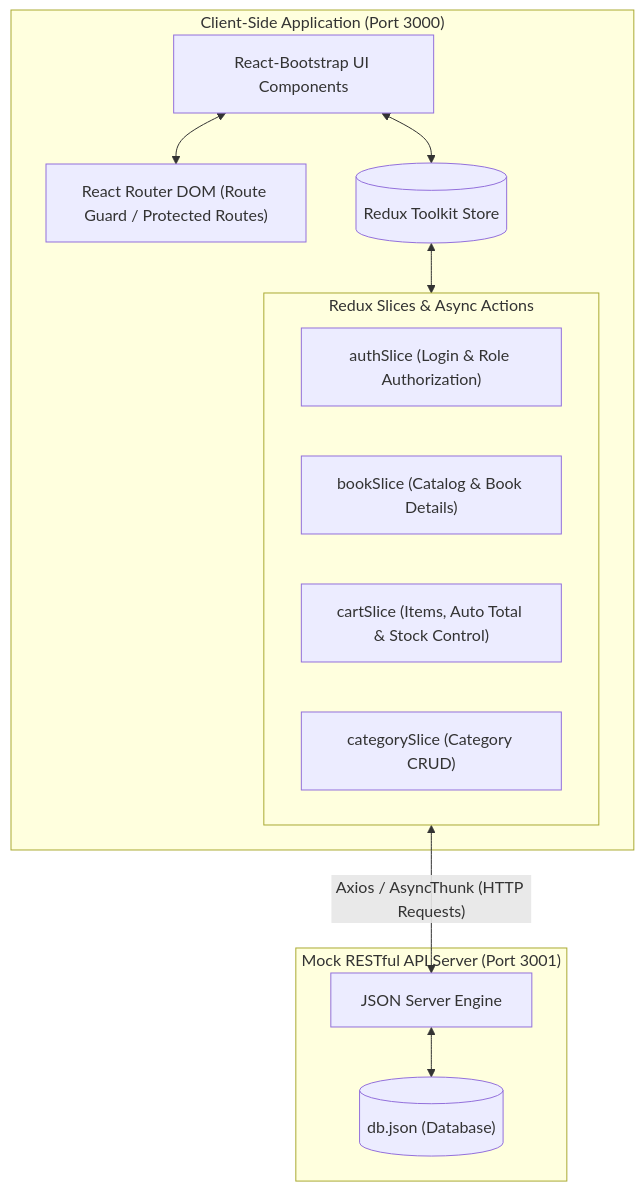
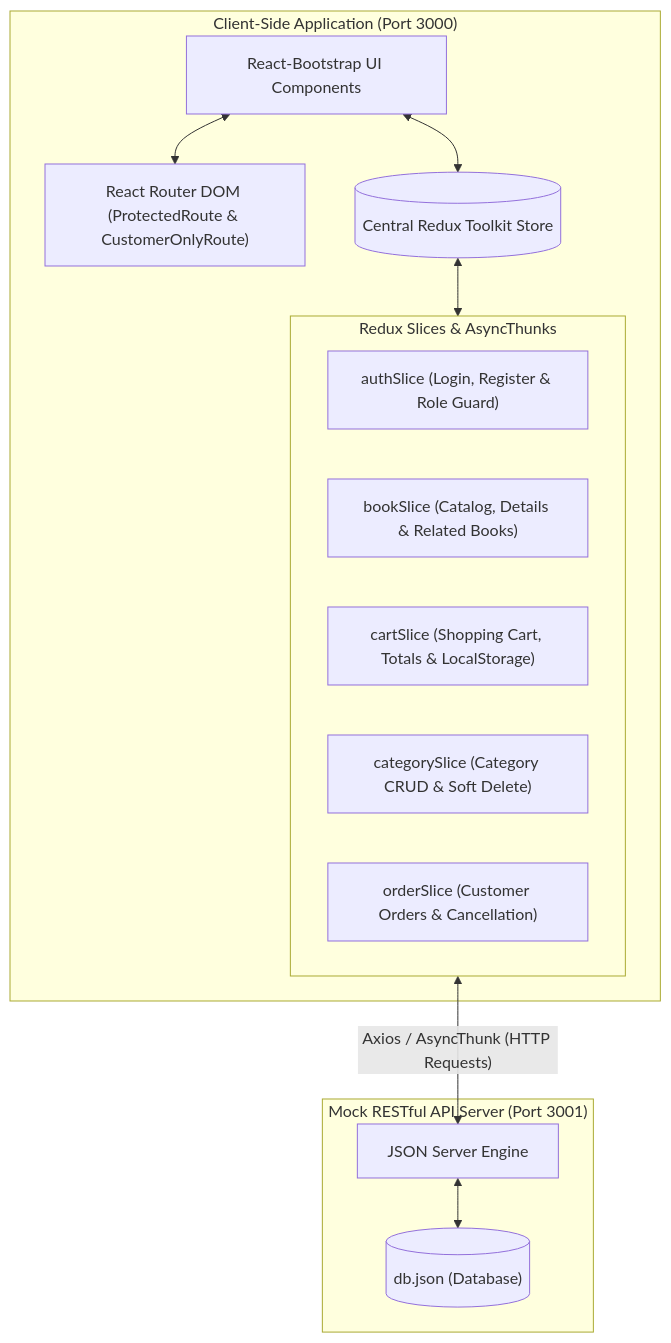
Before and after one commit to haotntce200338-dev/BookStore: the diagram in README.md, drawn with Mermaid. The commit also changed other lines of this file and 6 other files, not shown here.

````diff
--- a/README.md
+++ b/README.md
@@ -39,26 +41,27 @@
 ```mermaid
 flowchart TD
     subgraph Client["Client-Side Application (Port 3000)"]
         UI["React-Bootstrap UI Components"]
-        Router["React Router DOM (Route Guard / Protected Routes)"]
-        Store[("Redux Toolkit Store")]
+        Router["React Router DOM (ProtectedRoute & CustomerOnlyRoute)"]
+        Store[("Central Redux Toolkit Store")]
         
-        subgraph Slices["Redux Slices & Async Actions"]
-            AuthSlice["authSlice (Login & Role Authorization)"]
-            BookSlice["bookSlice (Catalog & Book Details)"]
-            CartSlice["cartSlice (Items, Auto Total & Stock Control)"]
-            CategorySlice["categorySlice (Category CRUD)"]
+        subgraph Slices["Redux Slices & AsyncThunks"]
+            AuthSlice["authSlice (Login, Register & Role Guard)"]
+            BookSlice["bookSlice (Catalog, Details & Related Books)"]
+            CartSlice["cartSlice (Shopping Cart, Totals & LocalStorage)"]
+            CategorySlice["categorySlice (Category CRUD & Soft Delete)"]
+            OrderSlice["orderSlice (Customer Orders & Cancellation)"]
         end
     end
 
     subgraph Backend["Mock RESTful API Server (Port 3001)"]
         Server["JSON Server Engine"]
         Database[("db.json (Database)")]
     end
 
     UI <--> Router
     UI <--> Store
     Store <--> Slices
     Slices <--"Axios / AsyncThunk (HTTP Requests)"--> Server
     Server <--> Database
 ```
````
